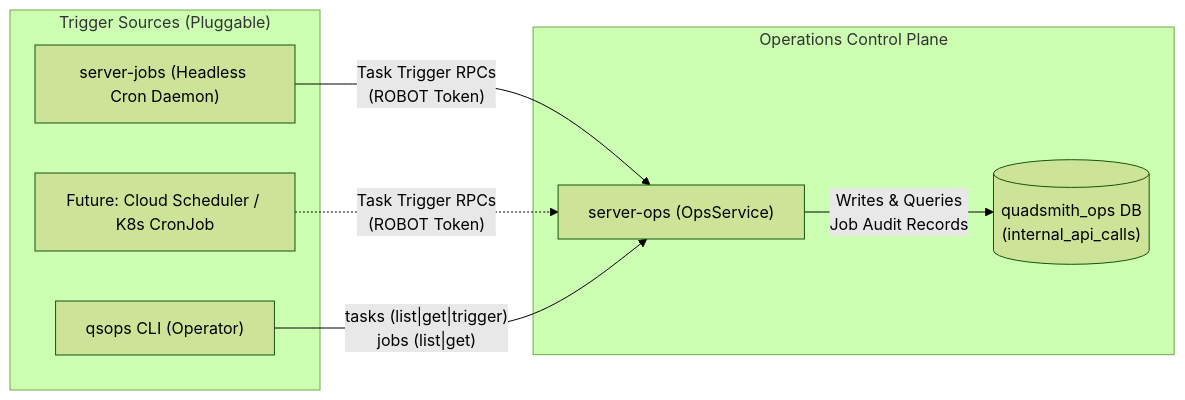
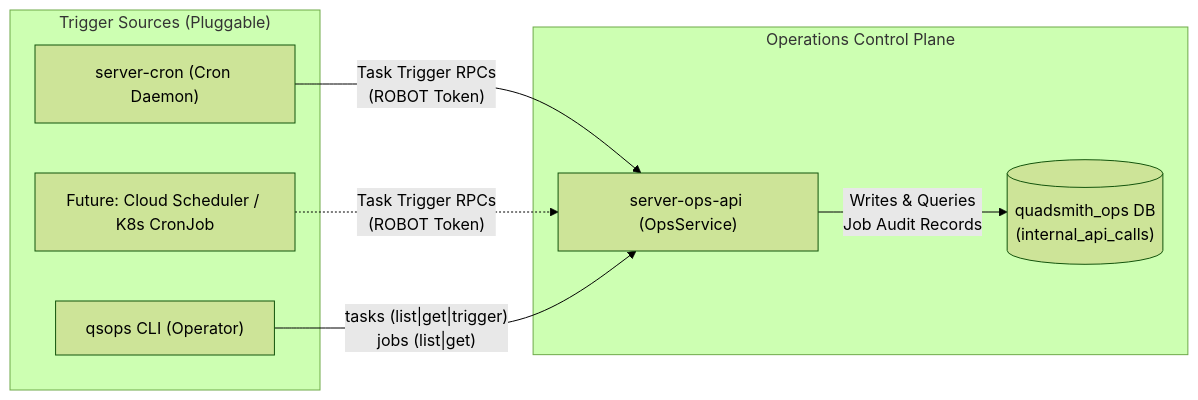
Before and after one commit to rohitramu/quadsmith: the diagram in plans/tasks_and_jobs.md, drawn with Mermaid (forest theme). The commit also changed other lines of this file and 124 other files, not shown here.

First line of the commit message:
Implement service health, trace correlation, and ops monitoring console

````diff
--- a/plans/tasks_and_jobs.md
+++ b/plans/tasks_and_jobs.md
@@ -84,18 +83,18 @@
 ```mermaid
 flowchart LR
   subgraph Triggers["Trigger Sources (Pluggable)"]
-    SJ["server-jobs (Headless Cron Daemon)"]
+    SJ["server-cron (Cron Daemon)"]
     CS["Future: Cloud Scheduler / K8s CronJob"]
     CLI["qsops CLI (Operator)"]
   end
 
   subgraph ControlPlane["Operations Control Plane"]
-    OPS["server-ops (OpsService)"]
+    OPS["server-ops-api (OpsService)"]
     DB[("quadsmith_ops DB\n(internal_api_calls)")]
   end
 
   SJ -- "Task Trigger RPCs\n(ROBOT Token)" --> OPS
   CS -. "Task Trigger RPCs\n(ROBOT Token)" .-> OPS
   CLI -- "tasks (list|get|trigger)\njobs (list|get)" --> OPS
   OPS -- "Writes & Queries\nJob Audit Records" --> DB
 ```
````
